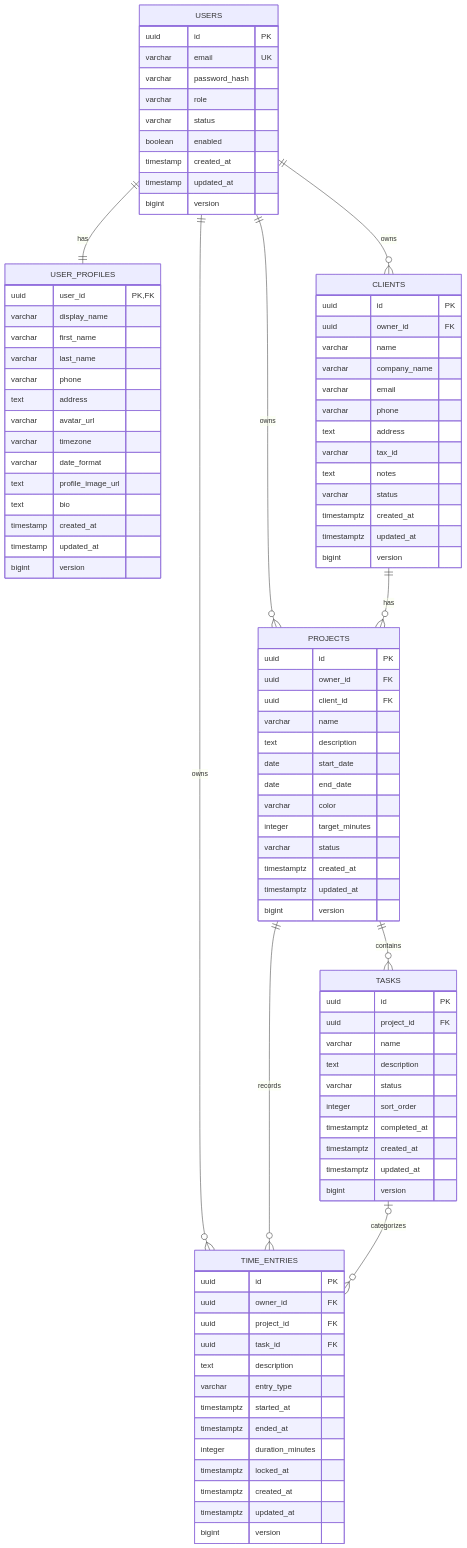
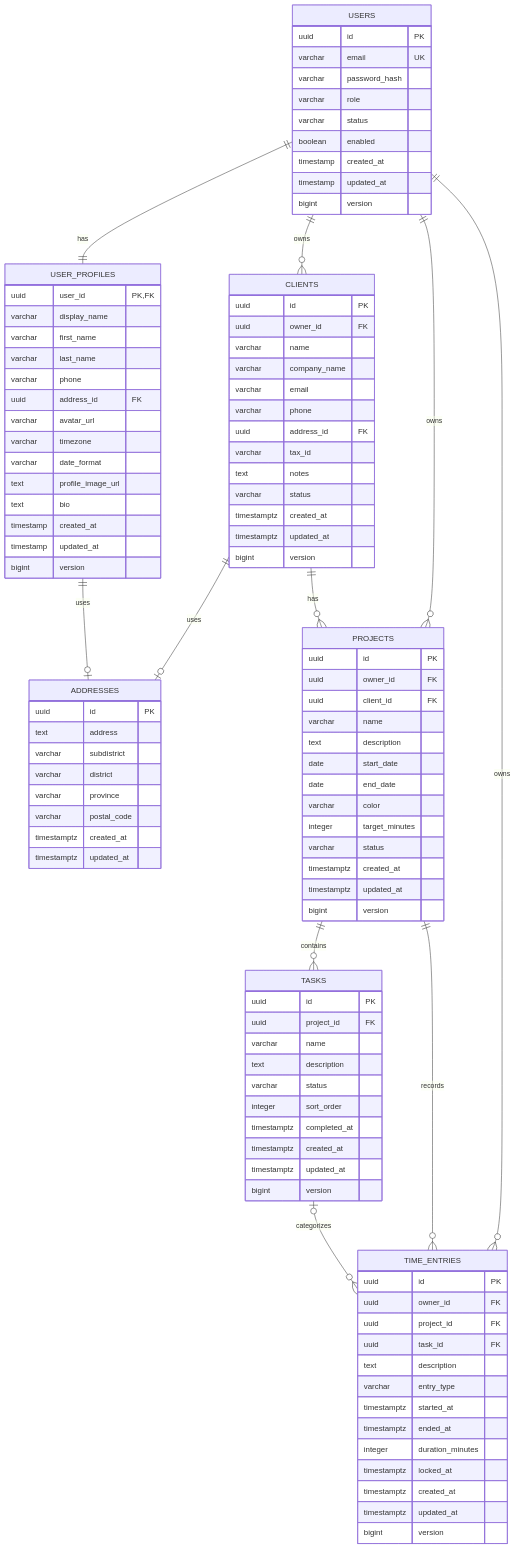
The diagram in doc/diagrams/er-diagram.md (lillianxhub/freelance-hub), drawn with Mermaid before and after one commit. The commit also changed other lines of this file and 30 other files, not shown here.

First line of the commit message:
feat: Normalize address handling in user profiles and clients

```diff
--- a/doc/diagrams/er-diagram.md
+++ b/doc/diagrams/er-diagram.md
@@ -22,7 +23,7 @@
         varchar first_name
         varchar last_name
         varchar phone
-        text address
+        uuid address_id FK
         varchar avatar_url
         varchar timezone
         varchar date_format
@@ -32,6 +33,16 @@
         timestamp updated_at
         bigint version
     }
+    ADDRESSES {
+        uuid id PK
+        text address
+        varchar subdistrict
+        varchar district
+        varchar province
+        varchar postal_code
+        timestamptz created_at
+        timestamptz updated_at
+    }
     CLIENTS {
         uuid id PK
         uuid owner_id FK
@@ -39,7 +50,7 @@
         varchar company_name
         varchar email
         varchar phone
-        text address
+        uuid address_id FK
         varchar tax_id
         text notes
         varchar status
@@ -91,7 +102,9 @@
     }
 
     USERS ||--|| USER_PROFILES : has
+    USER_PROFILES ||--o| ADDRESSES : uses
     USERS ||--o{ CLIENTS : owns
+    CLIENTS ||--o| ADDRESSES : uses
     USERS ||--o{ PROJECTS : owns
     USERS ||--o{ TIME_ENTRIES : owns
     CLIENTS ||--o{ PROJECTS : has
```
